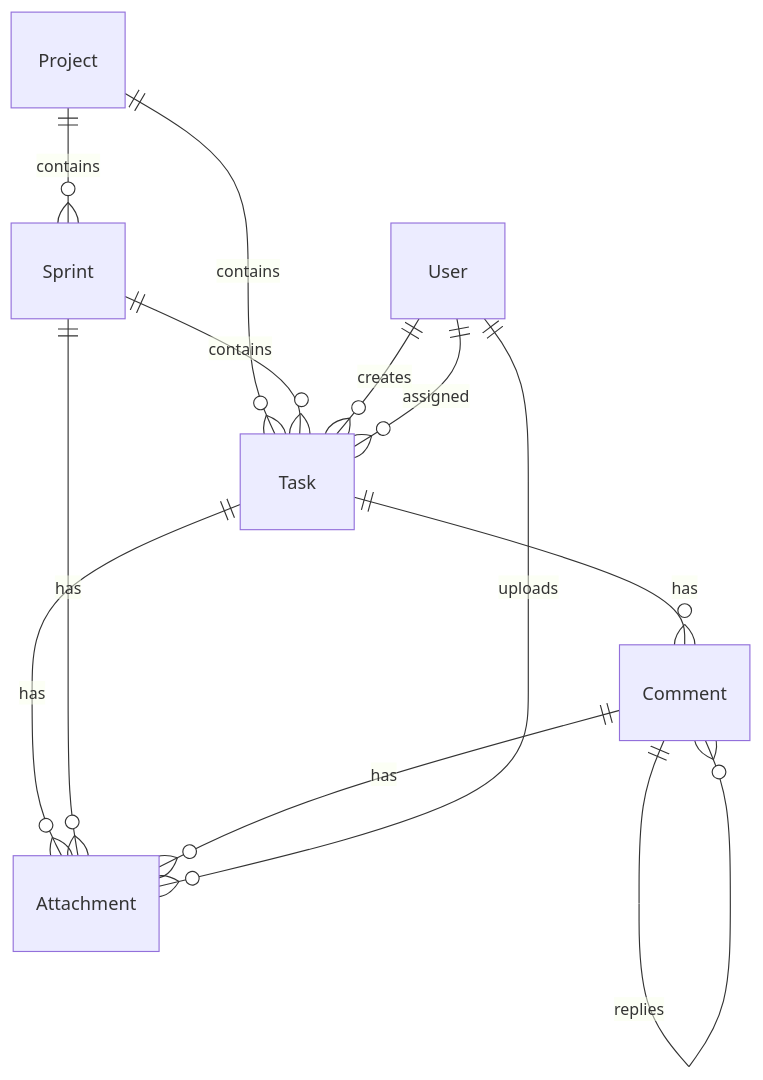
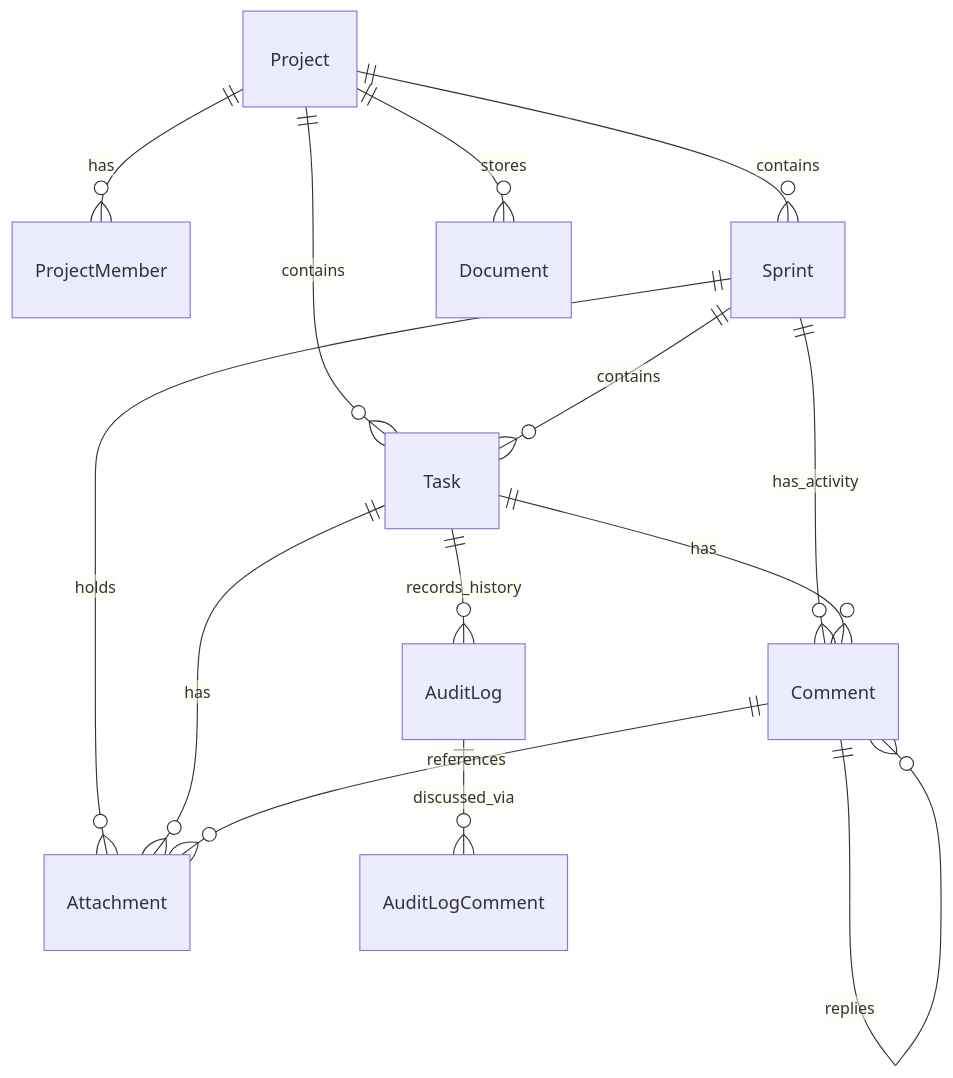
The diagram in llm-wiki/database.md (codeterrayt/Zeta), drawn with Mermaid before and after one commit. The commit also changed other lines of this file and 1 other file, not shown here.

Commit message:
docs: update project README and add comprehensive database schema documentation

````diff
--- a/llm-wiki/database.md
+++ b/llm-wiki/database.md
@@ -45,14 +34,16 @@
 ```mermaid
 erDiagram
+    Project ||--o{ ProjectMember : has
     Project ||--o{ Sprint : contains
     Project ||--o{ Task : contains
+    Project ||--o{ Document : stores
     Sprint ||--o{ Task : contains
+    Sprint ||--o{ Comment : has_activity
+    Sprint ||--o{ Attachment : holds
     Task ||--o{ Comment : has
-    User ||--o{ Task : creates
-    User ||--o{ Task : assigned
+    Task ||--o{ Attachment : has
+    Task ||--o{ AuditLog : records_history
+    AuditLog ||--o{ AuditLogComment : discussed_via
     Comment ||--o{ Comment : replies
-    Task ||--o{ Attachment : has
-    Sprint ||--o{ Attachment : has
-    Comment ||--o{ Attachment : has
-    User ||--o{ Attachment : uploads
+    Comment ||--o{ Attachment : references
 ```
````
